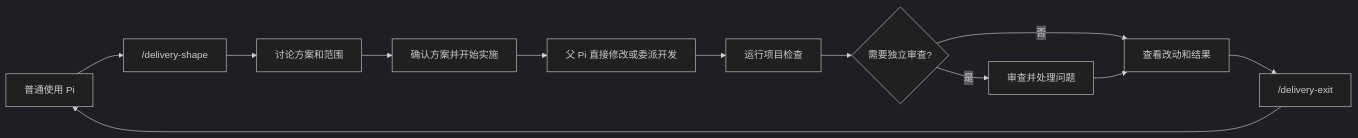
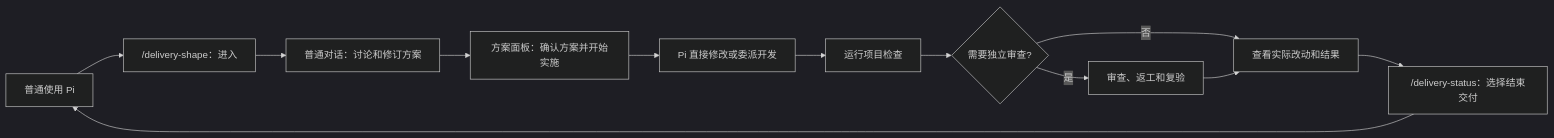
The diagram in README.md (small-xiexu/pi-adaptive-delivery), drawn with Mermaid (dark theme) before and after one commit. The commit also changed other lines of this file and 35 other files, not shown here.

````diff
--- a/README.md
+++ b/README.md
@@ -29,14 +34,14 @@
 ```mermaid
 flowchart LR
-    A["普通使用 Pi"] --> B["/delivery-shape"]
-    B --> C["讨论方案和范围"]
-    C --> D["确认方案并开始实施"]
-    D --> E["父 Pi 直接修改或委派开发"]
+    A["普通使用 Pi"] --> B["/delivery-shape：进入"]
+    B --> C["普通对话：讨论和修订方案"]
+    C --> D["方案面板：确认方案并开始实施"]
+    D --> E["Pi 直接修改或委派开发"]
     E --> F["运行项目检查"]
     F --> G{"需要独立审查?"}
-    G -->|是| H["审查并处理问题"]
-    G -->|否| I["查看改动和结果"]
+    G -->|是| H["审查、返工和复验"]
+    G -->|否| I["查看实际改动和结果"]
     H --> I
-    I --> J["/delivery-exit"]
+    I --> J["/delivery-status：选择结束交付"]
     J --> A
 ```
````
